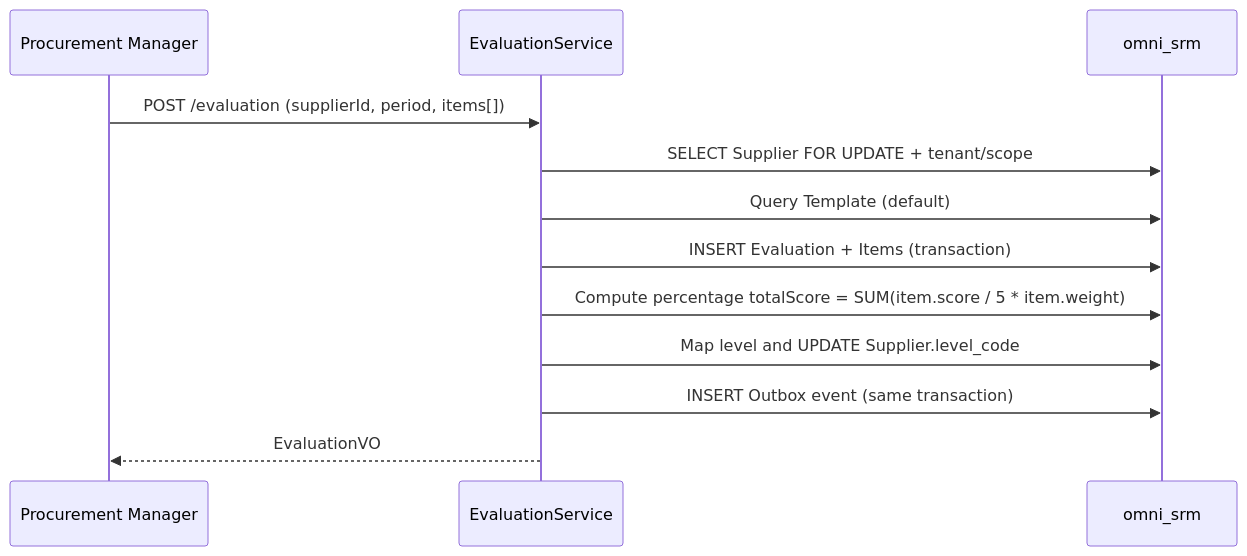
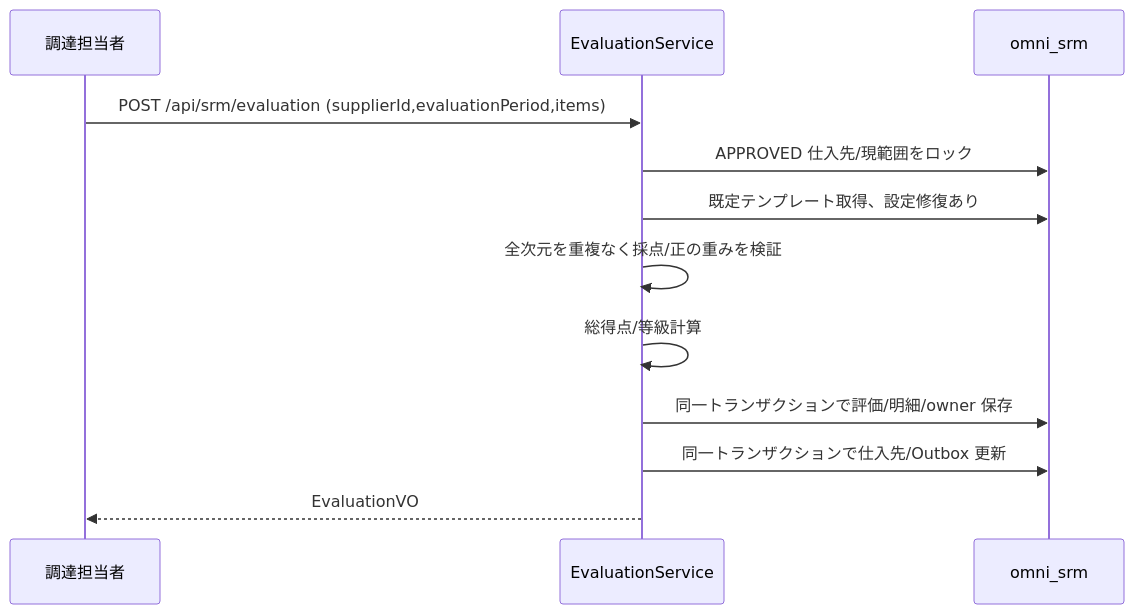
Before and after one commit to wang-baohai/Omni-Stack: the fourth of 5 diagrams in docs/design/srm-design.jp.md, drawn with Mermaid. The commit also changed other lines of this file and 1095 other files, not shown here.

````diff
--- a/docs/design/srm-design.jp.md
+++ b/docs/design/srm-design.jp.md
@@ -286,15 +289,14 @@
 ```mermaid
 sequenceDiagram
-    participant M as Procurement Manager
+    participant M as 調達担当者
     participant S as EvaluationService
     participant DB as omni_srm
-
-    M->>S: POST /evaluation (supplierId, period, items[])
-    S->>DB: SELECT Supplier FOR UPDATE + tenant/scope
-    S->>DB: Query Template (default)
-    S->>DB: INSERT Evaluation + Items (transaction)
-    S->>DB: Compute percentage totalScore = SUM(item.score / 5 * item.weight)
-    S->>DB: Map level and UPDATE Supplier.level_code
-    S->>DB: INSERT Outbox event (same transaction)
+    M->>S: POST /api/srm/evaluation (supplierId,evaluationPeriod,items)
+    S->>DB: APPROVED 仕入先/現範囲をロック
+    S->>DB: 既定テンプレート取得、設定修復あり
+    S->>S: 全次元を重複なく採点/正の重みを検証
+    S->>S: 総得点/等級計算
+    S->>DB: 同一トランザクションで評価/明細/owner 保存
+    S->>DB: 同一トランザクションで仕入先/Outbox 更新
     S-->>M: EvaluationVO
 ```
````
